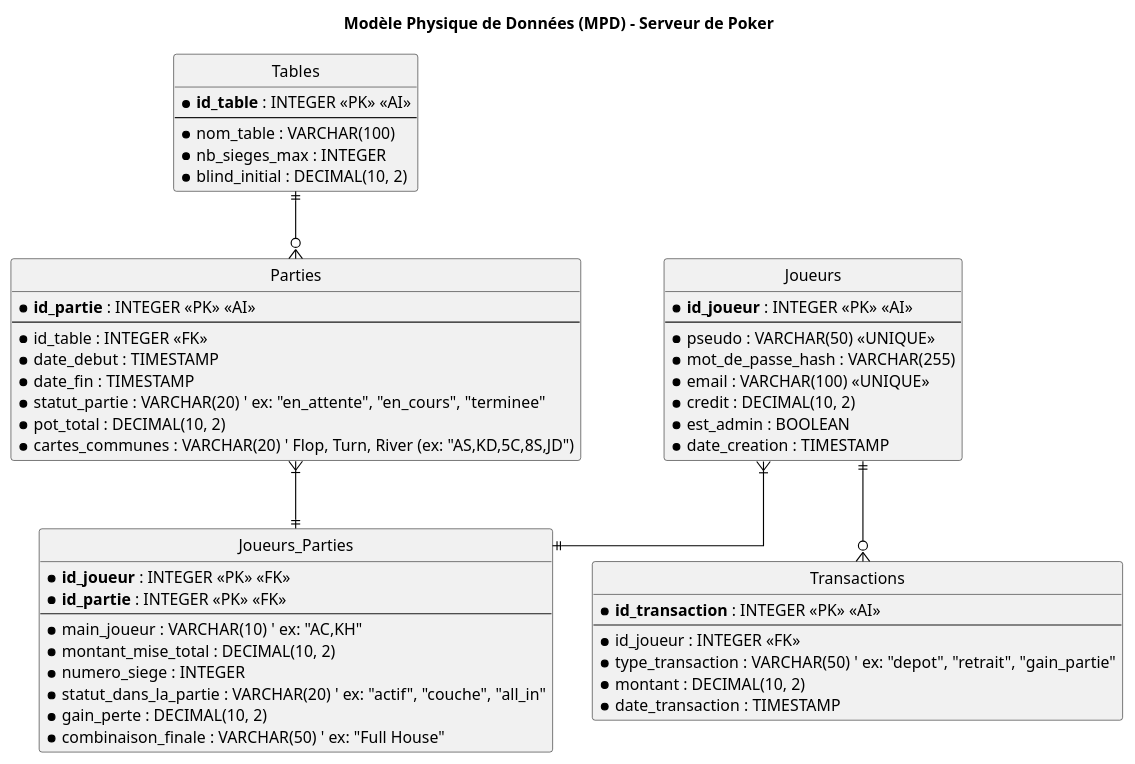
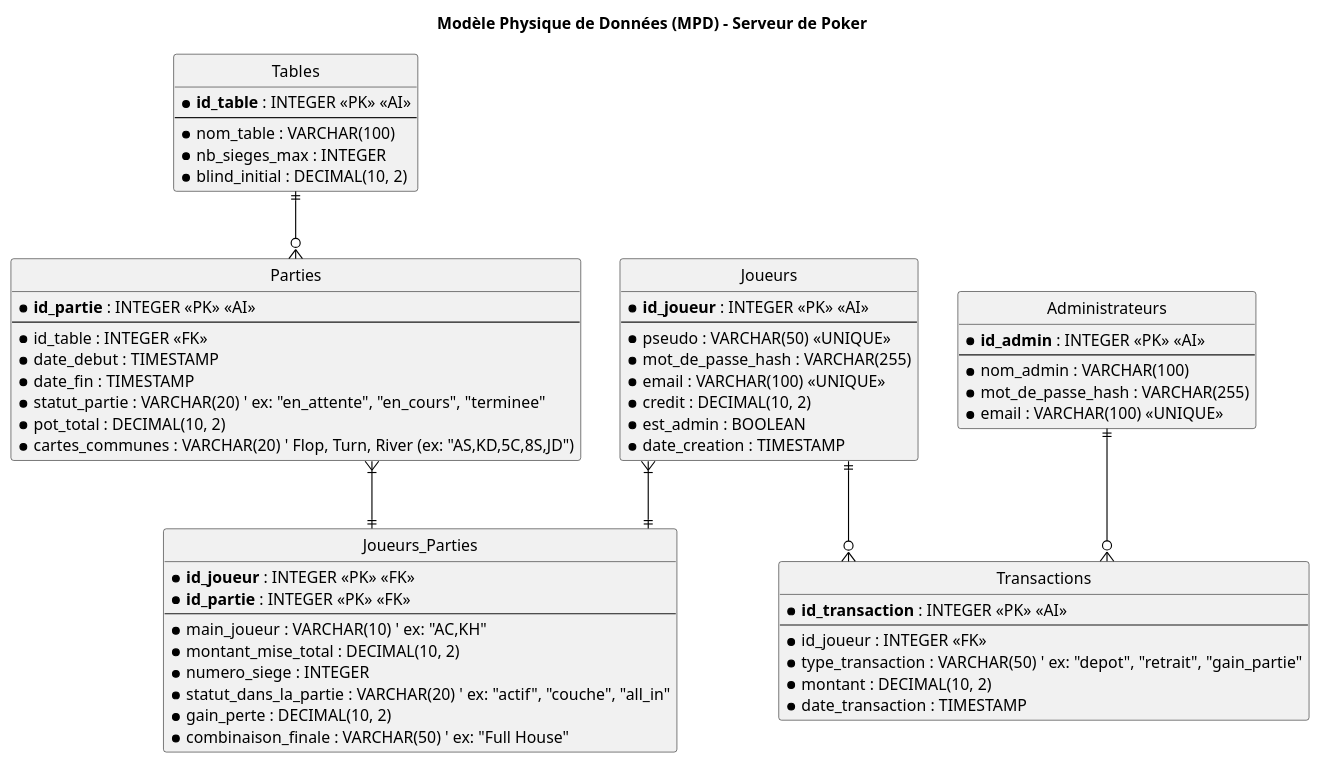
The diagram in doc/Mcd.puml (tomdtd/ENSAI-2A-projet-info-Albane-Tom-Neville-Floraline), drawn with PlantUML before and after one commit. The commit also changed 2 other files, not shown here.

```diff
--- a/doc/Mcd.puml
+++ b/doc/Mcd.puml
@@ -1,87 +1,97 @@
 @startuml
 ' Titre du diagramme
 title Modèle Physique de Données (MPD) - Serveur de Poker
 
 ' --- Paramètres d'affichage ---
 hide circle
 skinparam linetype ortho
 skinparam table {
   BackgroundColor White
   BorderColor Black
 }
 skinparam arrow {
   Color Black
 }
 
 ' --- Définition des Tables ---
 
 ' Table pour les utilisateurs (Joueurs et Admins)
 entity "Joueurs" as T_JOUEURS {
   * **id_joueur** : INTEGER <<PK>> <<AI>>
   --
   * pseudo : VARCHAR(50) <<UNIQUE>>
   * mot_de_passe_hash : VARCHAR(255)
   * email : VARCHAR(100) <<UNIQUE>>
   * credit : DECIMAL(10, 2)
   * est_admin : BOOLEAN
   * date_creation : TIMESTAMP
 }
 
 ' Table pour les tables de jeu physiques
 entity "Tables" as T_TABLES {
   * **id_table** : INTEGER <<PK>> <<AI>>
   --
   * nom_table : VARCHAR(100)
   * nb_sieges_max : INTEGER
   * blind_initial : DECIMAL(10, 2)
 }
 
 ' Table pour les parties qui ont lieu sur les tables
 entity "Parties" as T_PARTIES {
   * **id_partie** : INTEGER <<PK>> <<AI>>
   --
   * id_table : INTEGER <<FK>>
   * date_debut : TIMESTAMP
   * date_fin : TIMESTAMP
   * statut_partie : VARCHAR(20) ' ex: "en_attente", "en_cours", "terminee"
   * pot_total : DECIMAL(10, 2)
   * cartes_communes : VARCHAR(20) ' Flop, Turn, River (ex: "AS,KD,5C,8S,JD")
 }
 
 ' Table de jonction pour la relation N-M entre Joueurs et Parties
 entity "Joueurs_Parties" as T_JOUEURS_PARTIES {
   * **id_joueur** : INTEGER <<PK>> <<FK>>
   * **id_partie** : INTEGER <<PK>> <<FK>>
   --
   * main_joueur : VARCHAR(10) ' ex: "AC,KH"
   * montant_mise_total : DECIMAL(10, 2)
   * numero_siege : INTEGER
   * statut_dans_la_partie : VARCHAR(20) ' ex: "actif", "couche", "all_in"
   * gain_perte : DECIMAL(10, 2)
   * combinaison_finale : VARCHAR(50) ' ex: "Full House"
 }
 
 ' Table pour l'historique des transactions financières
 entity "Transactions" as T_TRANSACTIONS {
   * **id_transaction** : INTEGER <<PK>> <<AI>>
   --
   * id_joueur : INTEGER <<FK>>
   * type_transaction : VARCHAR(50) ' ex: "depot", "retrait", "gain_partie"
   * montant : DECIMAL(10, 2)
   * date_transaction : TIMESTAMP
 }
-
+' Table des administrateurs 
+entity "Administrateurs" as T_ADMINISTRATEURS {
+  * **id_admin** : INTEGER <<PK>> <<AI>>
+  --
+  * nom_admin : VARCHAR(100)
+  * mot_de_passe_hash : VARCHAR(255)
+  * email : VARCHAR(100) <<UNIQUE>>
+}
 
 ' --- Définition des Relations ---
 
 ' Un joueur peut avoir plusieurs transactions
 T_JOUEURS ||--o{ T_TRANSACTIONS
+
+'Admin et Transactions 
+T_ADMINISTRATEURS ||--o{ T_TRANSACTIONS
 
 ' Une table de jeu peut accueillir plusieurs parties (dans le temps)
 T_TABLES ||--o{ T_PARTIES
 
 ' Relation N-M entre Joueurs et Parties, via la table de jonction
 T_JOUEURS }|--|| T_JOUEURS_PARTIES
 T_PARTIES }|--|| T_JOUEURS_PARTIES
 
 @enduml
```
